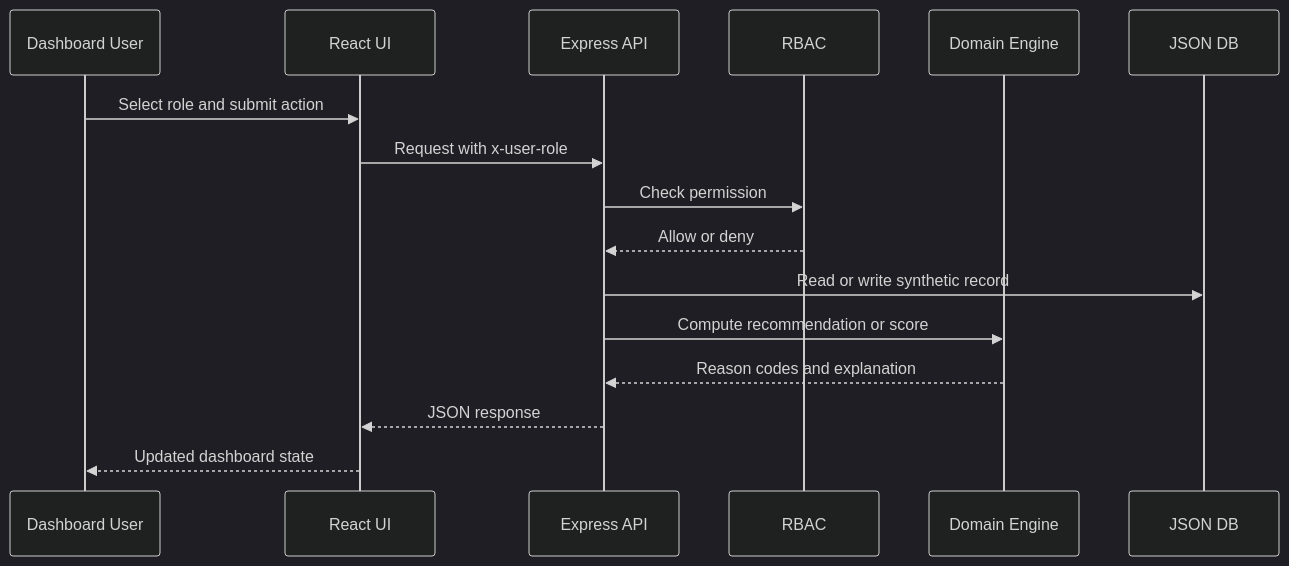
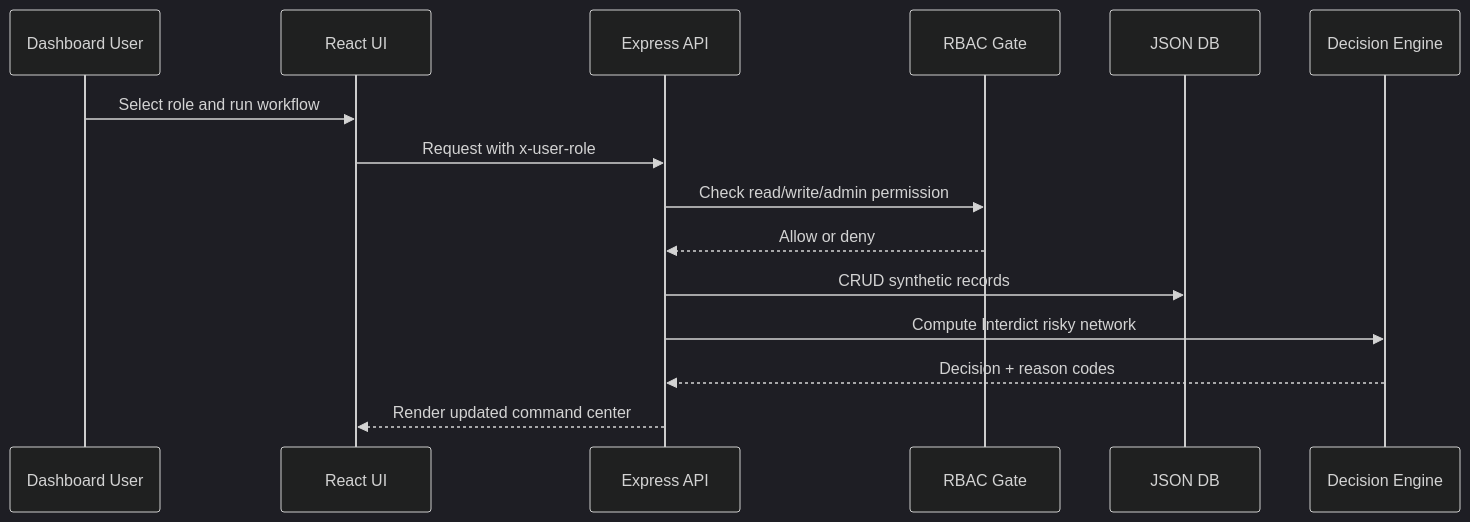
One commit to jprbom/bharat-upi-interdict changed the third of 4 diagrams in docs/DIAGRAMS.md. Above: the diagram before and after it, drawn with Mermaid (dark theme). The commit also changed other lines of this file and 6 other files, not shown here.

```diff
--- a/docs/DIAGRAMS.md
+++ b/docs/DIAGRAMS.md
@@ -71,18 +56,17 @@
 ~~~mermaid
 sequenceDiagram
   participant User as Dashboard User
   participant UI as React UI
   participant API as Express API
-  participant RBAC as RBAC
-  participant Engine as Domain Engine
+  participant RBAC as RBAC Gate
   participant DB as JSON DB
-  User->>UI: Select role and submit action
+  participant Engine as Decision Engine
+  User->>UI: Select role and run workflow
   UI->>API: Request with x-user-role
-  API->>RBAC: Check permission
+  API->>RBAC: Check read/write/admin permission
   RBAC-->>API: Allow or deny
-  API->>DB: Read or write synthetic record
-  API->>Engine: Compute recommendation or score
-  Engine-->>API: Reason codes and explanation
-  API-->>UI: JSON response
-  UI-->>User: Updated dashboard state
+  API->>DB: CRUD synthetic records
+  API->>Engine: Compute Interdict risky network
+  Engine-->>API: Decision + reason codes
+  API-->>UI: Render updated command center
 ~~~
```
